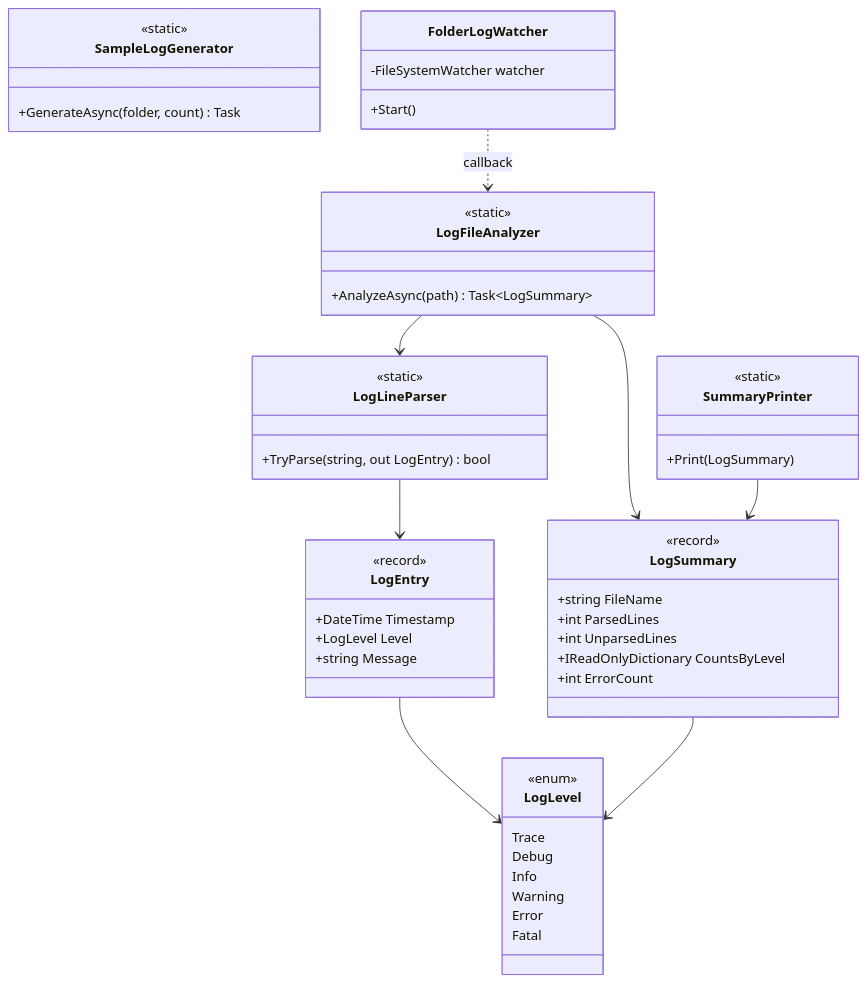
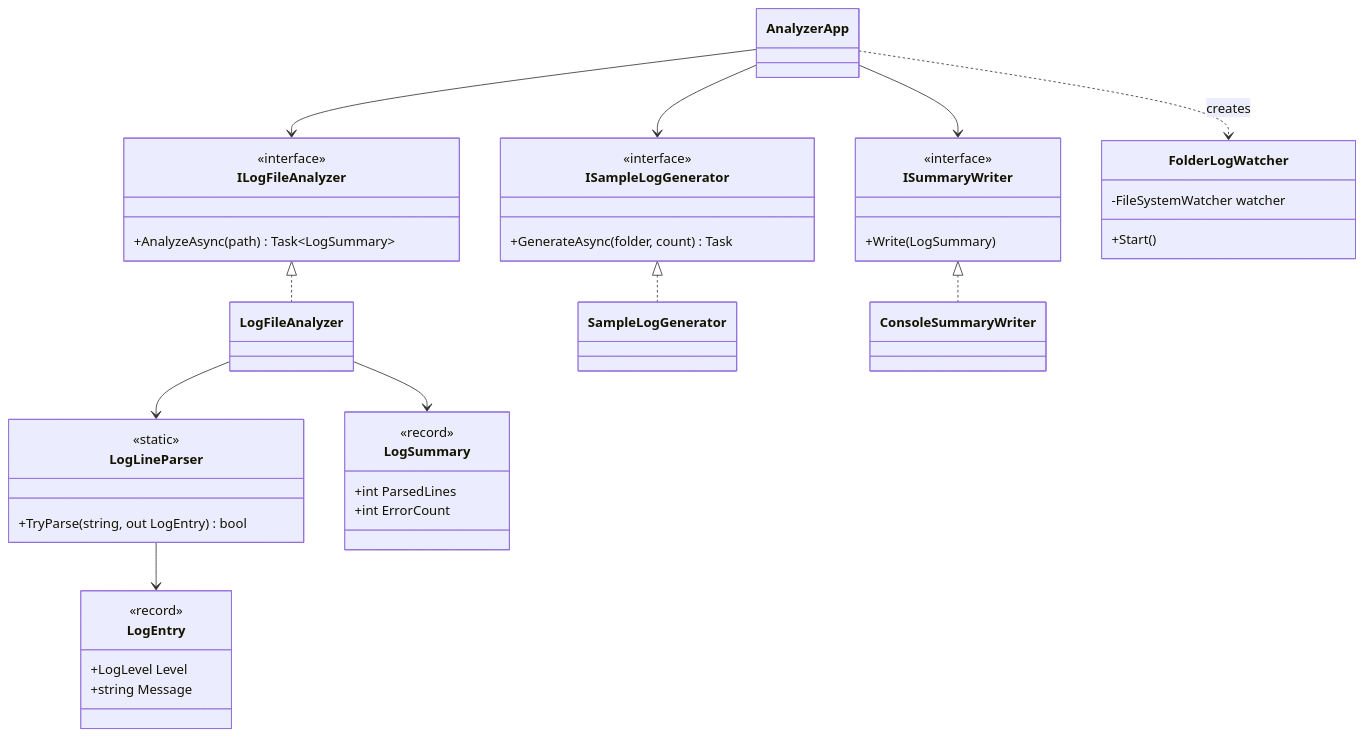
The fifth of 6 diagrams in README.md (BenoitGoethals/PersonalManager), drawn with Mermaid before and after one commit. The commit also changed other lines of this file and 15 other files, not shown here.

````diff
--- a/README.md
+++ b/README.md
@@ -284,54 +294,48 @@
 ```mermaid
 classDiagram
-    class LogLevel {
-      <<enum>>
-      Trace
-      Debug
-      Info
-      Warning
-      Error
-      Fatal
+    class ILogFileAnalyzer {
+      <<interface>>
+      +AnalyzeAsync(path) Task~LogSummary~
+    }
+    class ISampleLogGenerator {
+      <<interface>>
+      +GenerateAsync(folder, count) Task
+    }
+    class ISummaryWriter {
+      <<interface>>
+      +Write(LogSummary)
+    }
+    class LogFileAnalyzer
+    class SampleLogGenerator
+    class ConsoleSummaryWriter
+    class AnalyzerApp
+    class LogLineParser {
+      <<static>>
+      +TryParse(string, out LogEntry) bool
+    }
+    class FolderLogWatcher {
+      -FileSystemWatcher watcher
+      +Start()
     }
     class LogEntry {
       <<record>>
-      +DateTime Timestamp
       +LogLevel Level
       +string Message
     }
     class LogSummary {
       <<record>>
-      +string FileName
       +int ParsedLines
-      +int UnparsedLines
-      +IReadOnlyDictionary CountsByLevel
       +int ErrorCount
     }
-    class LogLineParser {
-      <<static>>
-      +TryParse(string, out LogEntry) bool
-    }
-    class LogFileAnalyzer {
-      <<static>>
-      +AnalyzeAsync(path) Task~LogSummary~
-    }
-    class SampleLogGenerator {
-      <<static>>
-      +GenerateAsync(folder, count) Task
-    }
-    class FolderLogWatcher {
-      -FileSystemWatcher watcher
-      +Start()
-    }
-    class SummaryPrinter {
-      <<static>>
-      +Print(LogSummary)
-    }
 
-    LogLineParser --> LogEntry
-    LogEntry --> LogLevel
+    ILogFileAnalyzer <|.. LogFileAnalyzer
+    ISampleLogGenerator <|.. SampleLogGenerator
+    ISummaryWriter <|.. ConsoleSummaryWriter
+    AnalyzerApp --> ILogFileAnalyzer
+    AnalyzerApp --> ISampleLogGenerator
+    AnalyzerApp --> ISummaryWriter
+    AnalyzerApp ..> FolderLogWatcher : creates
     LogFileAnalyzer --> LogLineParser
     LogFileAnalyzer --> LogSummary
-    LogSummary --> LogLevel
-    FolderLogWatcher ..> LogFileAnalyzer : callback
-    SummaryPrinter --> LogSummary
+    LogLineParser --> LogEntry
 ```
````
